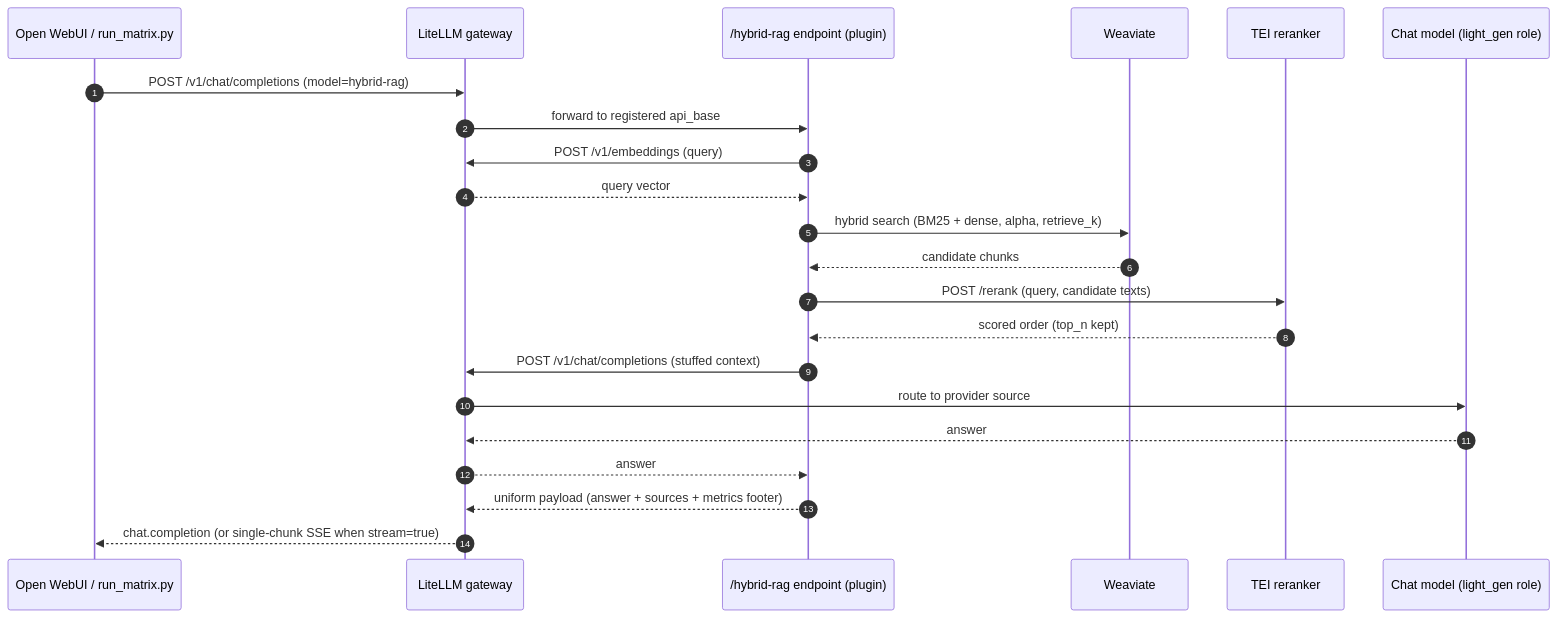
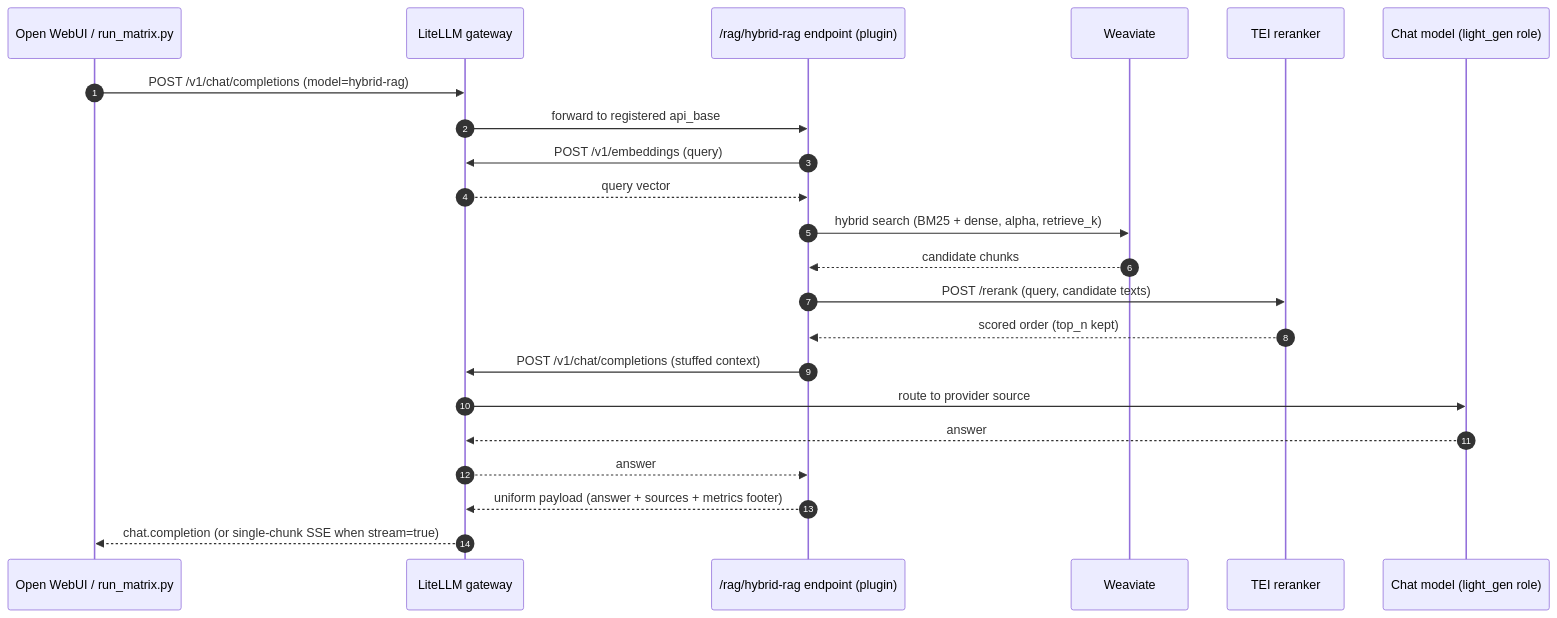
One commit to thekaveh/rag-showcase changed the first of 2 diagrams in docs/architecture.md. Above: the diagram before and after it, drawn with Mermaid. The commit also changed other lines of this file and 23 other files, not shown here.

Commit message:
feat: declare RAG plugin contract

````diff
--- a/docs/architecture.md
+++ b/docs/architecture.md
@@ -98,25 +100,25 @@
 ```mermaid
 sequenceDiagram
     autonumber
     participant C as Open WebUI / run_matrix.py
     participant L as LiteLLM gateway
-    participant H as /hybrid-rag endpoint (plugin)
+    participant H as /rag/hybrid-rag endpoint (plugin)
     participant W as Weaviate
     participant T as TEI reranker
     participant M as Chat model (light_gen role)
 
     C->>L: POST /v1/chat/completions (model=hybrid-rag)
     L->>H: forward to registered api_base
     H->>L: POST /v1/embeddings (query)
     L-->>H: query vector
     H->>W: hybrid search (BM25 + dense, alpha, retrieve_k)
     W-->>H: candidate chunks
     H->>T: POST /rerank (query, candidate texts)
     T-->>H: scored order (top_n kept)
     H->>L: POST /v1/chat/completions (stuffed context)
     L->>M: route to provider source
     M-->>L: answer
     L-->>H: answer
     H-->>L: uniform payload (answer + sources + metrics footer)
     L-->>C: chat.completion (or single-chunk SSE when stream=true)
 ```
````
